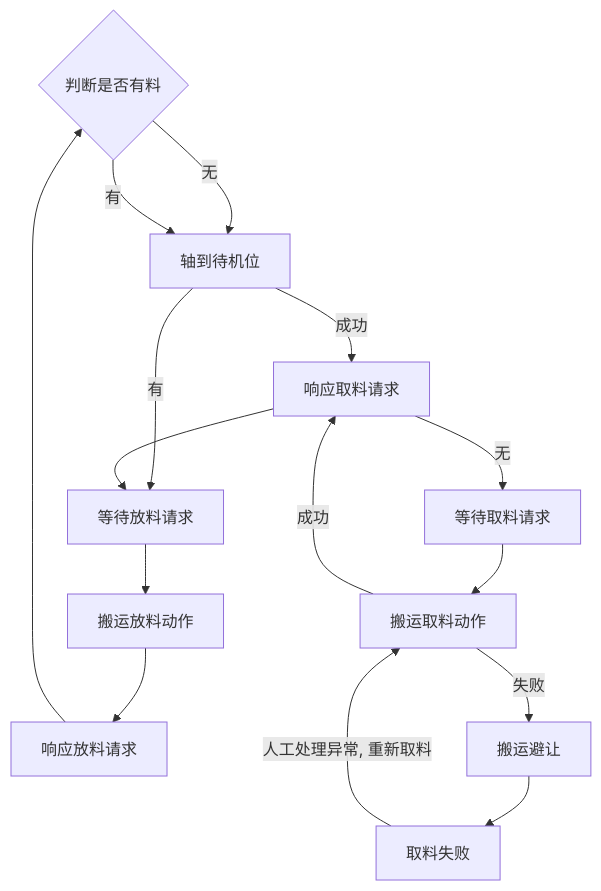
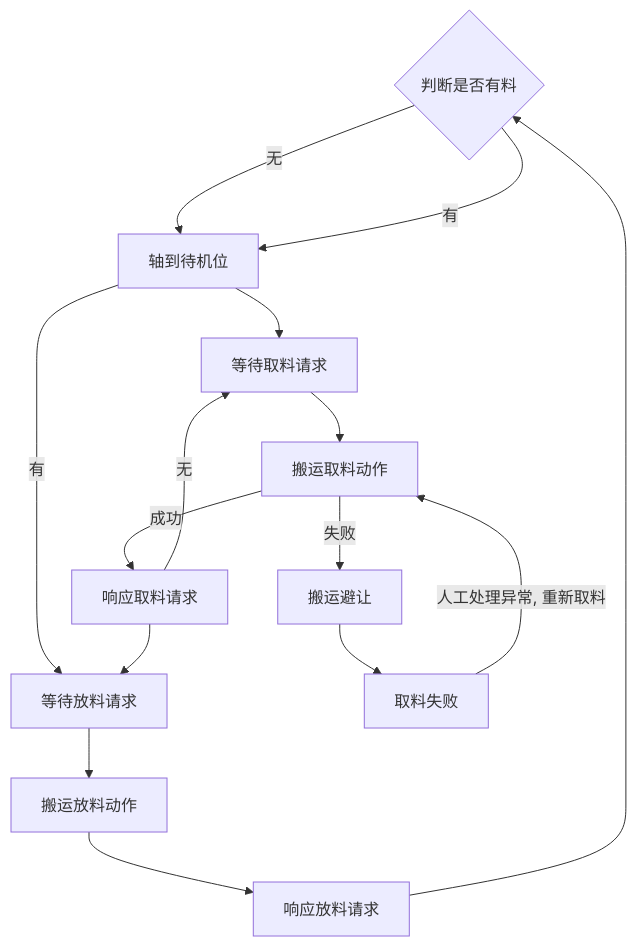
One commit to PengKun1/iodraw-files changed the diagram in all/OP10 自动流程.md. Above: the diagram before and after it, drawn with Mermaid.

Commit message:
2024-08-02 10:56:09 update

````diff
--- a/all/OP10 自动流程.md
+++ b/all/OP10 自动流程.md
@@ -1,19 +1,20 @@
 ```mermaid
 graph TD
 10{判断是否有料}-->|无|20
 10-->|有|20
-20[轴到待机位]-->|成功|50
+20[轴到待机位]-->30
+30
 50{是否焊接完成}-->|无|30
 20-->|有|60
 30[等待取料请求]-->40
 40[搬运取料动作]-->|成功|50
 40-->|失败|90
 50[响应取料请求]-->60
 60[等待放料请求]-->70
 70[搬运放料动作]-->80
 80[响应放料请求]-->10
 
 90[搬运避让]-->900
 
 900[取料失败]-->|人工处理异常, 重新取料|40
 ```
````
